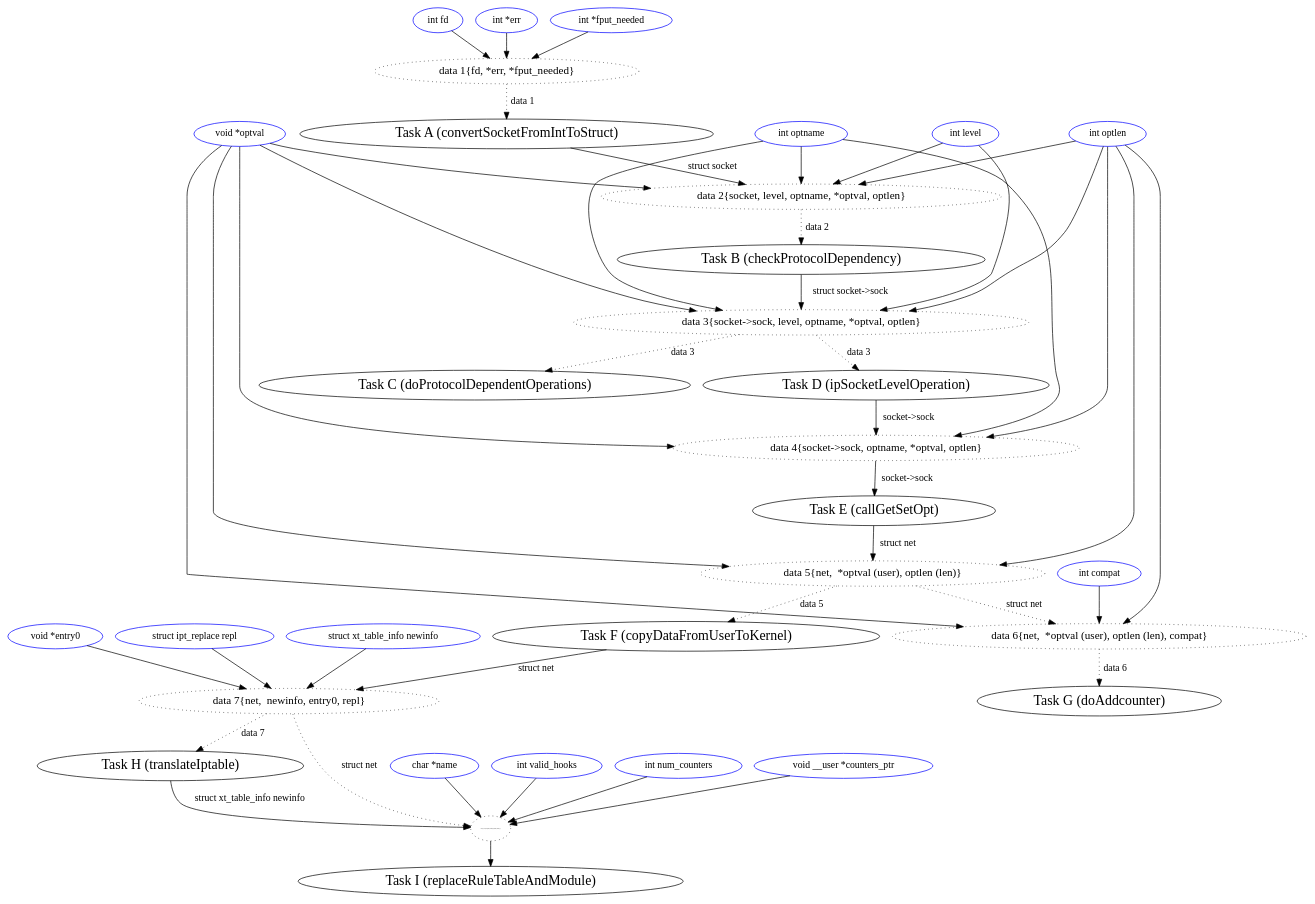
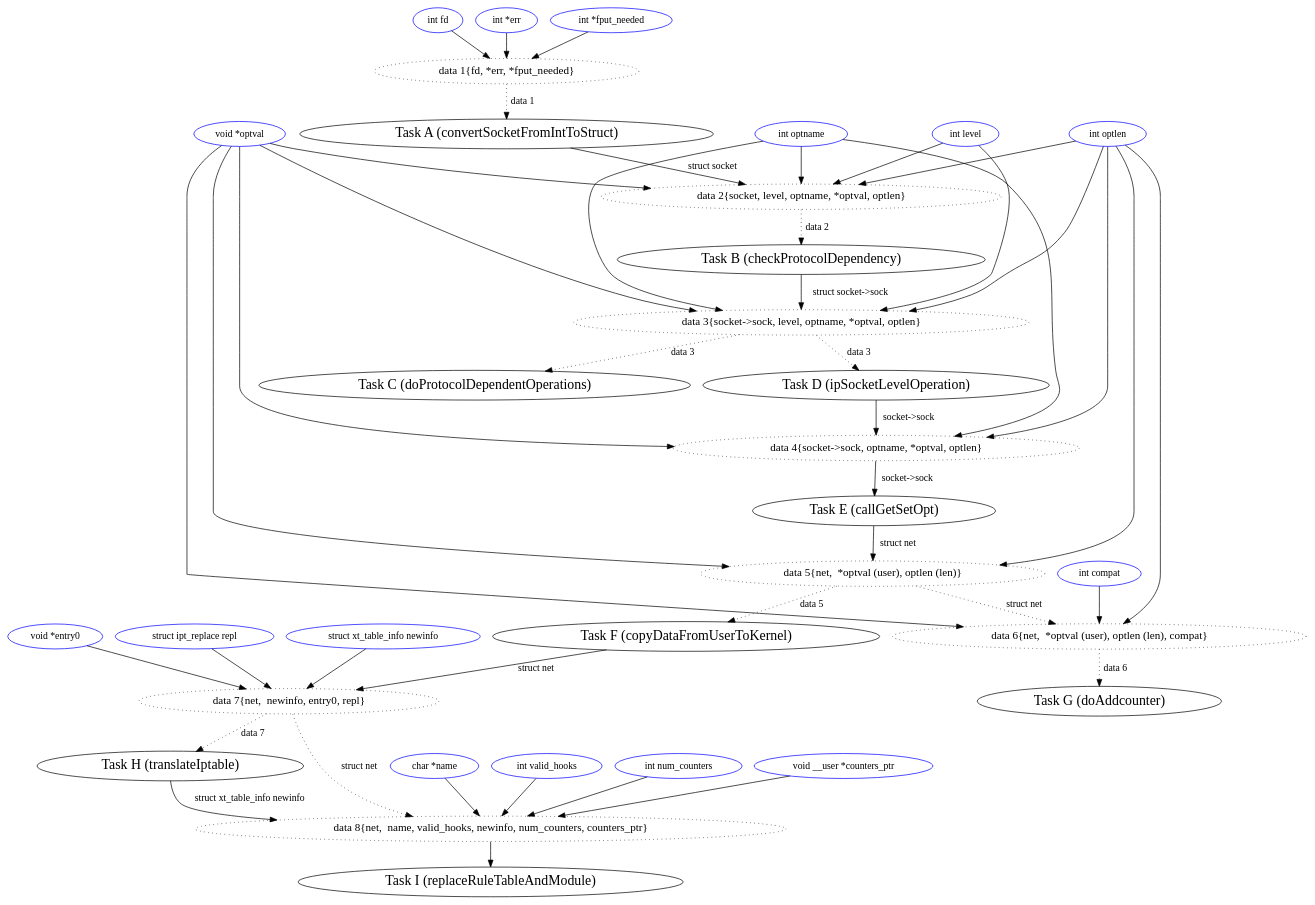
The diagram in Example2/example2.dot (Samuel-Oglegba/Research-Examples), drawn with Graphviz before and after one commit.

Commit message:
dot representation of example2

```diff
--- a/Example2/example2.dot
+++ b/Example2/example2.dot
@@ -1,99 +1,99 @@
 digraph callgraph {
 "int fd" [color=blue, fontsize=14, width=0.5];
 "int *err" [color=blue, fontsize=14, width=0.5];
 "int *fput_needed" [color=blue, fontsize=14, width=0.5];
 "data 1{fd, *err, *fput_needed}"[style=dotted, fontsize=16, width=0.5];
 
 "int fd" -> "data 1{fd, *err, *fput_needed}";
 "int *err" -> "data 1{fd, *err, *fput_needed}";
 "int *fput_needed" -> "data 1{fd, *err, *fput_needed}";
 
 "data 1{fd, *err, *fput_needed}"->"Task A (convertSocketFromIntToStruct)"  [label="data 1", style=dotted];
 
 
 "int level" [color=blue, fontsize=14, width=0.5];
 "int optname" [color=blue, fontsize=14, width=0.5];
 "void *optval" [color=blue, fontsize=14, width=0.5];
 "int optlen" [color=blue, fontsize=14, width=0.5];
 "data 2{socket, level, optname, *optval, optlen}" [style=dotted, fontsize=16, width=0.5];
 
 "Task A (convertSocketFromIntToStruct)" [fontsize=20, width=0.5];
 "Task A (convertSocketFromIntToStruct)" -> "data 2{socket, level, optname, *optval, optlen}"  [label="struct socket"];
 "int level" -> "data 2{socket, level, optname, *optval, optlen}";
 "int optname" -> "data 2{socket, level, optname, *optval, optlen}";
 "void *optval" -> "data 2{socket, level, optname, *optval, optlen}";
 "int optlen" -> "data 2{socket, level, optname, *optval, optlen}";
 
 "Task B (checkProtocolDependency)"  [fontsize=20, width=0.5];
 "data 2{socket, level, optname, *optval, optlen}" -> "Task B (checkProtocolDependency)"  [label="data 2", style=dotted];
 
 
 "Task C (doProtocolDependentOperations)" [fontsize=20, width=0.5];
 "data 3{socket->sock, level, optname, *optval, optlen}" [style=dotted, fontsize=16, width=0.5];
 "Task B (checkProtocolDependency)" -> "data 3{socket->sock, level, optname, *optval, optlen}"  [label="struct socket->sock"];
 "int level" -> "data 3{socket->sock, level, optname, *optval, optlen}";
 "int optname" -> "data 3{socket->sock, level, optname, *optval, optlen}";
 "void *optval" -> "data 3{socket->sock, level, optname, *optval, optlen}";
 "int optlen" -> "data 3{socket->sock, level, optname, *optval, optlen}";
 "data 3{socket->sock, level, optname, *optval, optlen}" -> "Task C (doProtocolDependentOperations)" [label="data 3", style=dotted];
 
 "Task D (ipSocketLevelOperation)" [fontsize=20, width=0.5];
 "data 3{socket->sock, level, optname, *optval, optlen}" -> "Task D (ipSocketLevelOperation)" [label="data 3", style=dotted];
 
 
 "Task E (callGetSetOpt)" [fontsize=20, width=0.5];
 "data 4{socket->sock, optname, *optval, optlen}" [style=dotted, fontsize=16, width=0.5];
 "Task D (ipSocketLevelOperation)" -> "data 4{socket->sock, optname, *optval, optlen}" [label="socket->sock"];
 "int optname" -> "data 4{socket->sock, optname, *optval, optlen}";
 "void *optval" -> "data 4{socket->sock, optname, *optval, optlen}";
 "int optlen" -> "data 4{socket->sock, optname, *optval, optlen}";
 "data 4{socket->sock, optname, *optval, optlen}" -> "Task E (callGetSetOpt)" [label="socket->sock"];
 
 
 "Task F (copyDataFromUserToKernel)" [fontsize=20, width=0.5];
 "data 5{net,  *optval (user), optlen (len)}" [style=dotted, fontsize=16, width=0.5];
 "Task E (callGetSetOpt)" -> "data 5{net,  *optval (user), optlen (len)}"  [label="struct net"];
 "void *optval" -> "data 5{net,  *optval (user), optlen (len)}"
 "int optlen" -> "data 5{net,  *optval (user), optlen (len)}"
 "data 5{net,  *optval (user), optlen (len)}"-> "Task F (copyDataFromUserToKernel)" [label="data 5", style=dotted];
 
 
 "data 6{net,  *optval (user), optlen (len), compat}" [style=dotted, fontsize=16, width=0.5];
 "int compat"[color=blue, fontsize=14, width=0.5];
 "int compat" -> "data 6{net,  *optval (user), optlen (len), compat}";
 "void *optval" -> "data 6{net,  *optval (user), optlen (len), compat}";
 "int optlen" -> "data 6{net,  *optval (user), optlen (len), compat}";
 "data 5{net,  *optval (user), optlen (len)}" -> "data 6{net,  *optval (user), optlen (len), compat}" [label="struct net", style=dotted];
 
 "Task G (doAddcounter)" [fontsize=20, width=0.5];
 "data 6{net,  *optval (user), optlen (len), compat}" -> "Task G (doAddcounter)" [label="data 6",style=dotted];
 
 "data 7{net,  newinfo, entry0, repl}"[style=dotted, fontsize=16, width=0.5];
 "struct xt_table_info newinfo" [color=blue, fontsize=14, width=0.5];
 "void *entry0" [color=blue, fontsize=14, width=0.5];
 "struct ipt_replace repl" [color=blue, fontsize=14, width=0.5];
 "Task F (copyDataFromUserToKernel)" -> "data 7{net,  newinfo, entry0, repl}" [label="struct net"];
 "struct xt_table_info newinfo" -> "data 7{net,  newinfo, entry0, repl}" 
 "void *entry0" -> "data 7{net,  newinfo, entry0, repl}" 
 "struct ipt_replace repl" -> "data 7{net,  newinfo, entry0, repl}" 
 
 "Task H (translateIptable)" [fontsize=20, width=0.5];
 "data 7{net,  newinfo, entry0, repl}" -> "Task H (translateIptable)" [label="data 7", style=dotted];
 
 "data 8{net,  name, valid_hooks, newinfo, num_counters, counters_ptr}" [style=dotted, fontsize=16, width=0.5];
 "char *name" [color=blue, fontsize=14, width=0.5];
 "int valid_hooks" [color=blue, fontsize=14, width=0.5];
 "int num_counters" [color=blue, fontsize=14, width=0.5];
 "void __user *counters_ptr" [color=blue, fontsize=14, width=0.5];
 
-"data 8{net,  name, valid_hooks, newinfo, num_counters, counters_ptr}" [style=dotted, fontsize=1, width=0.5];
+"data 8{net,  name, valid_hooks, newinfo, num_counters, counters_ptr}" [style=dotted, fontsize=16, width=0.5];
 "Task H (translateIptable)" -> "data 8{net,  name, valid_hooks, newinfo, num_counters, counters_ptr}"  [label="struct xt_table_info newinfo"];
 "char *name" -> "data 8{net,  name, valid_hooks, newinfo, num_counters, counters_ptr}" ;
 "int valid_hooks"-> "data 8{net,  name, valid_hooks, newinfo, num_counters, counters_ptr}" ;
 "int num_counters" -> "data 8{net,  name, valid_hooks, newinfo, num_counters, counters_ptr}";
 "void __user *counters_ptr" -> "data 8{net,  name, valid_hooks, newinfo, num_counters, counters_ptr}";
 "data 7{net,  newinfo, entry0, repl}"  -> "data 8{net,  name, valid_hooks, newinfo, num_counters, counters_ptr}" [label="struct net", style=dotted];
 
 "Task I (replaceRuleTableAndModule)" [fontsize=20, width=0.5];
 "data 8{net,  name, valid_hooks, newinfo, num_counters, counters_ptr}" -> "Task I (replaceRuleTableAndModule)" [fontsize=1, width=0.5];
 }
```
